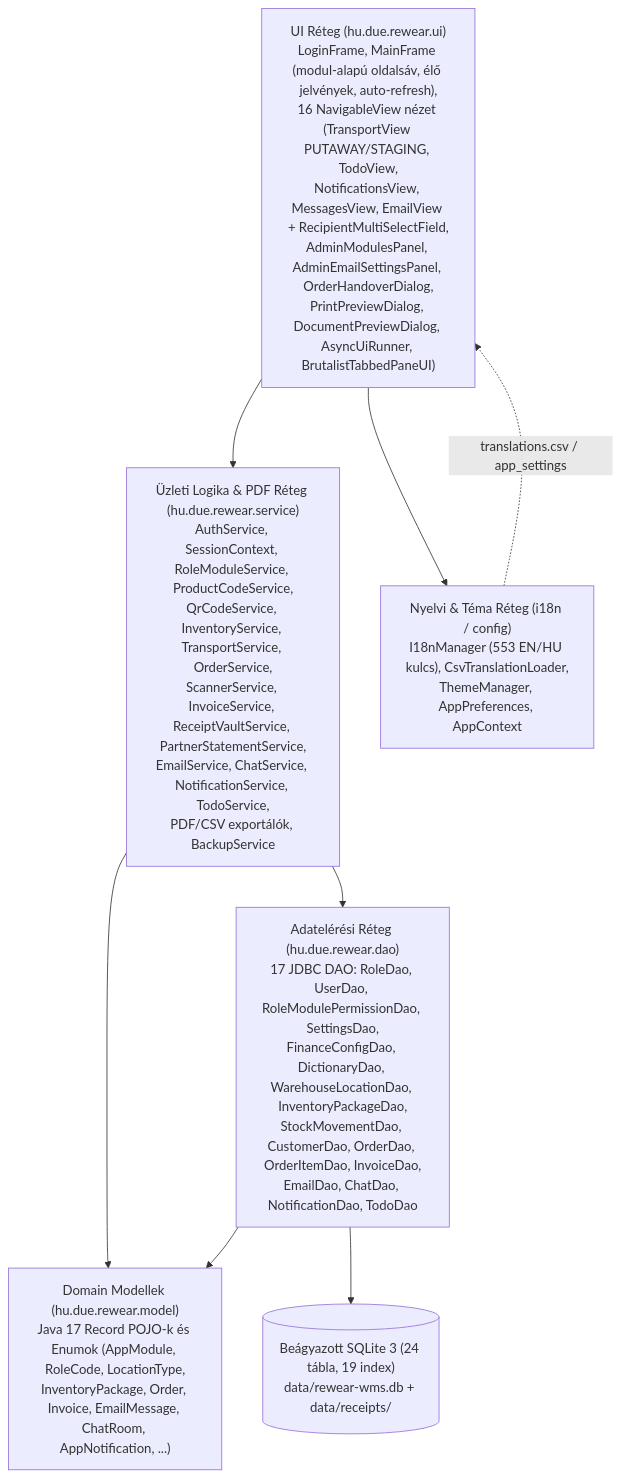
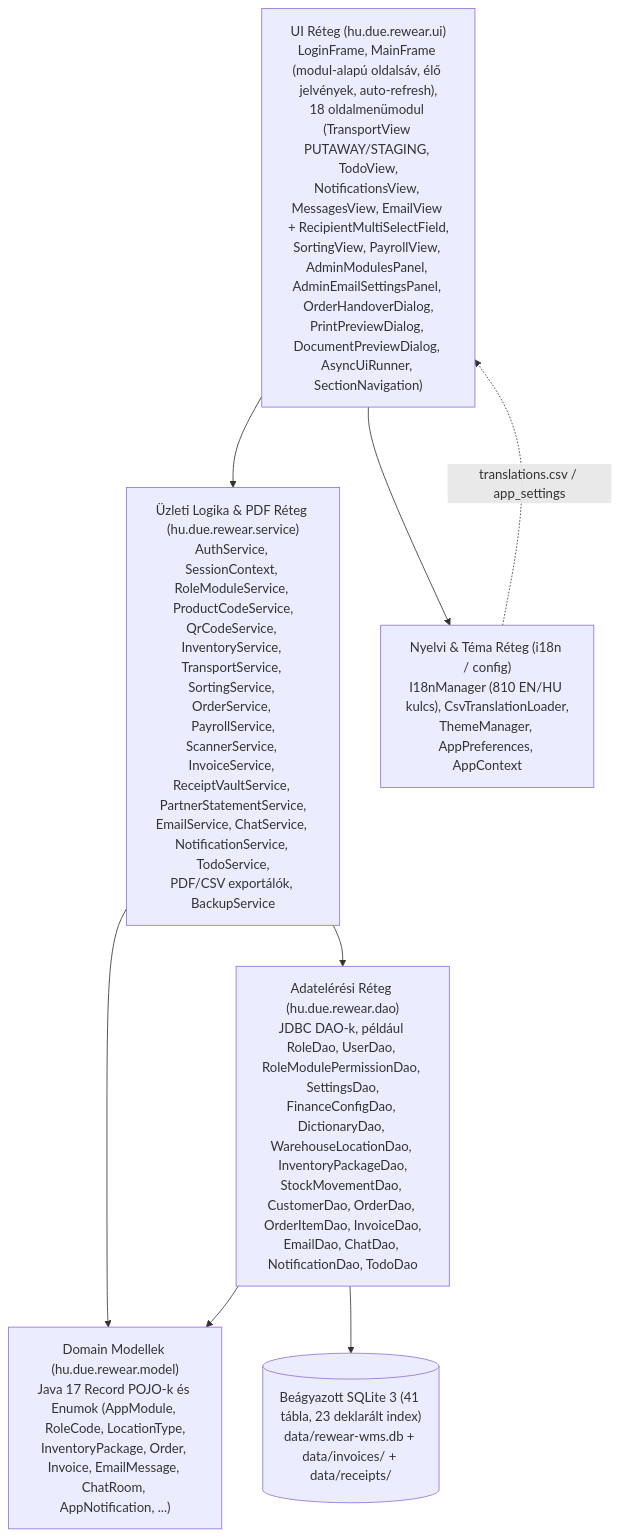
Before and after one commit to attilaczudor/due-prog-03: the first of 5 diagrams in docs/Programterv.md, drawn with Mermaid. The commit also changed other lines of this file and 196 other files, not shown here.

First line of the commit message:
Checkpoint warehouse, payroll, and payments workflows

````diff
--- a/docs/Programterv.md
+++ b/docs/Programterv.md
@@ -11,17 +11,17 @@
 ```mermaid
 flowchart TD
-    UI["UI Réteg (hu.due.rewear.ui)<br/>LoginFrame, MainFrame (modul-alapú oldalsáv, élő jelvények, auto-refresh),<br/>16 NavigableView nézet (TransportView PUTAWAY/STAGING, TodoView,<br/>NotificationsView, MessagesView, EmailView + RecipientMultiSelectField,<br/>AdminModulesPanel, AdminEmailSettingsPanel, OrderHandoverDialog,<br/>PrintPreviewDialog, DocumentPreviewDialog, AsyncUiRunner, BrutalistTabbedPaneUI)"]
-    SVC["Üzleti Logika & PDF Réteg (hu.due.rewear.service)<br/>AuthService, SessionContext, RoleModuleService, ProductCodeService,<br/>QrCodeService, InventoryService, TransportService, OrderService,<br/>ScannerService, InvoiceService, ReceiptVaultService, PartnerStatementService,<br/>EmailService, ChatService, NotificationService, TodoService,<br/>PDF/CSV exportálók, BackupService"]
-    I18N["Nyelvi & Téma Réteg (i18n / config)<br/>I18nManager (553 EN/HU kulcs), CsvTranslationLoader,<br/>ThemeManager, AppPreferences, AppContext"]
-    DAO["Adatelérési Réteg (hu.due.rewear.dao)<br/>17 JDBC DAO: RoleDao, UserDao, RoleModulePermissionDao, SettingsDao,<br/>FinanceConfigDao, DictionaryDao, WarehouseLocationDao, InventoryPackageDao,<br/>StockMovementDao, CustomerDao, OrderDao, OrderItemDao, InvoiceDao,<br/>EmailDao, ChatDao, NotificationDao, TodoDao"]
+    UI["UI Réteg (hu.due.rewear.ui)<br/>LoginFrame, MainFrame (modul-alapú oldalsáv, élő jelvények, auto-refresh),<br/>18 oldalmenümodul (TransportView PUTAWAY/STAGING, TodoView,<br/>NotificationsView, MessagesView, EmailView + RecipientMultiSelectField,<br/>SortingView, PayrollView, AdminModulesPanel, AdminEmailSettingsPanel, OrderHandoverDialog,<br/>PrintPreviewDialog, DocumentPreviewDialog, AsyncUiRunner, SectionNavigation)"]
+    SVC["Üzleti Logika & PDF Réteg (hu.due.rewear.service)<br/>AuthService, SessionContext, RoleModuleService, ProductCodeService,<br/>QrCodeService, InventoryService, TransportService, SortingService, OrderService, PayrollService,<br/>ScannerService, InvoiceService, ReceiptVaultService, PartnerStatementService,<br/>EmailService, ChatService, NotificationService, TodoService,<br/>PDF/CSV exportálók, BackupService"]
+    I18N["Nyelvi & Téma Réteg (i18n / config)<br/>I18nManager (810 EN/HU kulcs), CsvTranslationLoader,<br/>ThemeManager, AppPreferences, AppContext"]
+    DAO["Adatelérési Réteg (hu.due.rewear.dao)<br/>JDBC DAO-k, például RoleDao, UserDao, RoleModulePermissionDao, SettingsDao,<br/>FinanceConfigDao, DictionaryDao, WarehouseLocationDao, InventoryPackageDao,<br/>StockMovementDao, CustomerDao, OrderDao, OrderItemDao, InvoiceDao,<br/>EmailDao, ChatDao, NotificationDao, TodoDao"]
     MODEL["Domain Modellek (hu.due.rewear.model)<br/>Java 17 Record POJO-k és Enumok (AppModule, RoleCode, LocationType,<br/>InventoryPackage, Order, Invoice, EmailMessage, ChatRoom, AppNotification, ...)"]
-    DB[("Beágyazott SQLite 3 (24 tábla, 19 index)<br/>data/rewear-wms.db + data/receipts/")]
+    DB[("Beágyazott SQLite 3 (41 tábla, 23 deklarált index)<br/>data/rewear-wms.db + data/invoices/ + data/receipts/")]
 
     UI --> SVC
     UI --> I18N
     SVC --> DAO
     SVC --> MODEL
     DAO --> MODEL
     DAO --> DB
     I18N -.->|"translations.csv / app_settings"| UI
 ```
````
